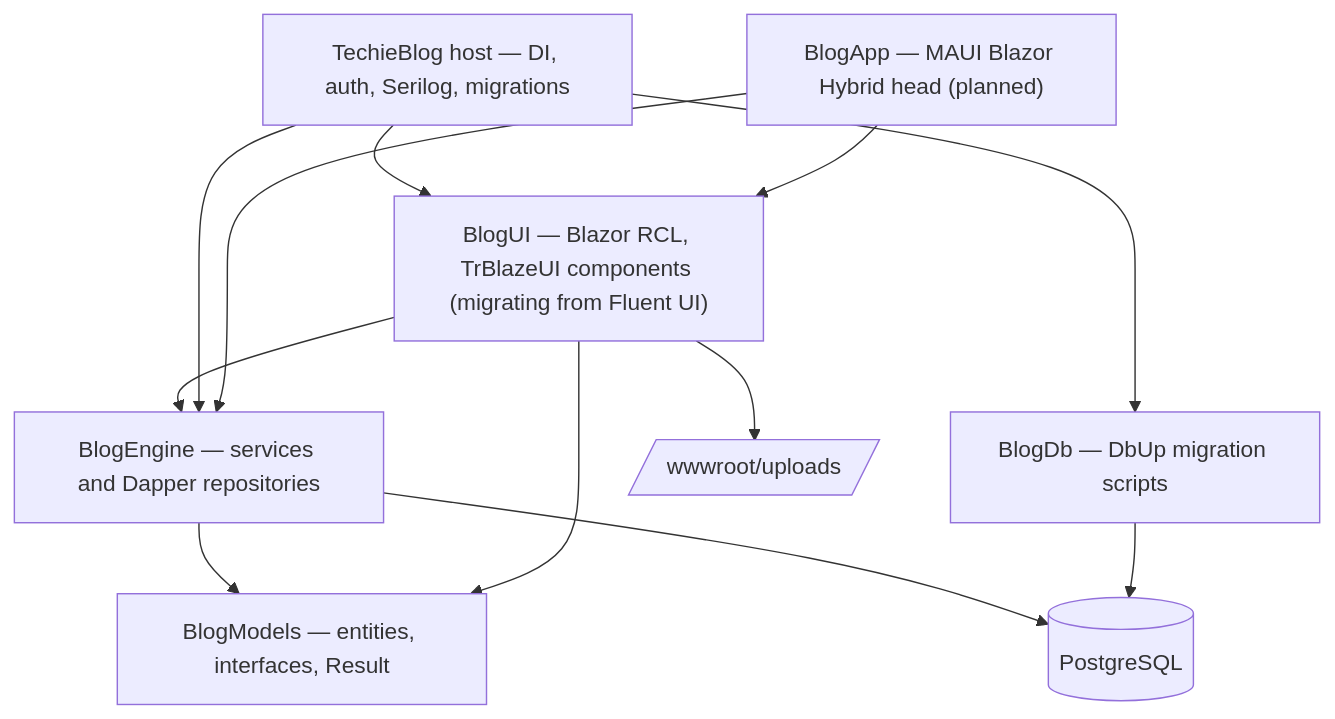
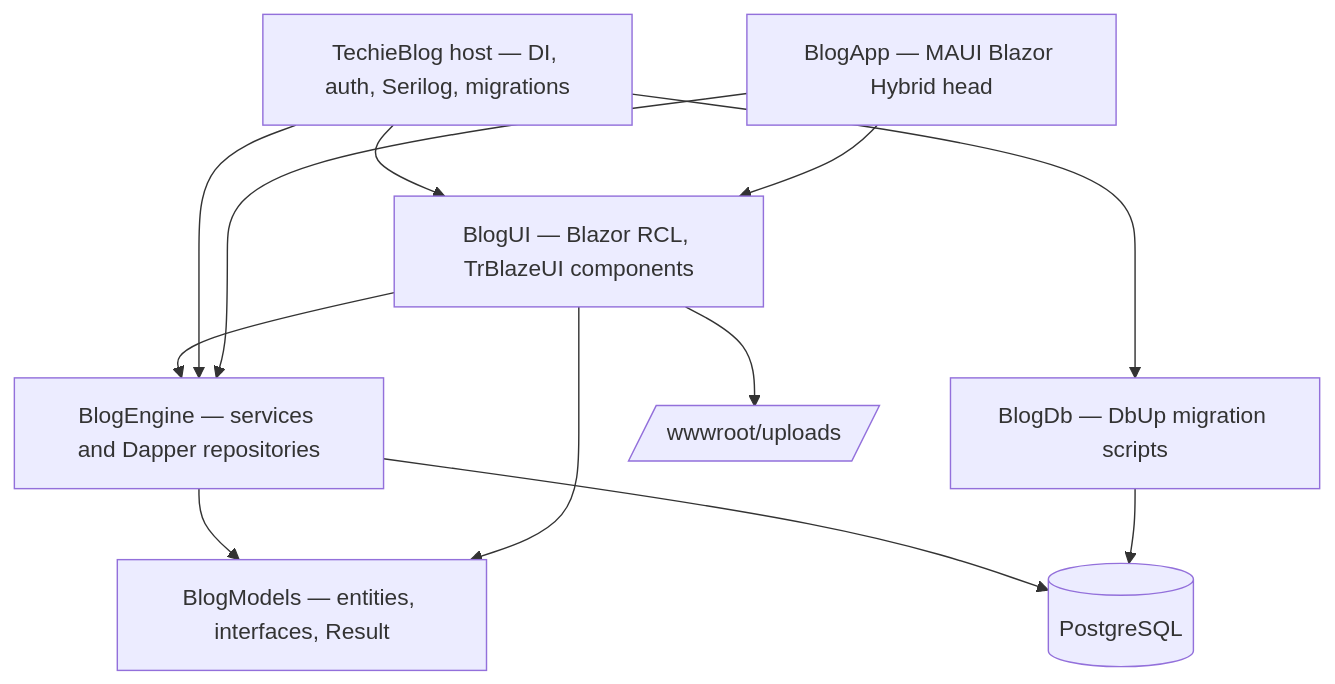
One commit to techierathore/TechieBlog changed the third of 9 diagrams in docs/TechieBlog-BRD.md. Above: the diagram before and after it, drawn with Mermaid. The commit also changed other lines of this file and 110 other files, not shown here.

Commit message:
Updated Deployment Pipeline and streamlines application architecture.

````diff
--- a/docs/TechieBlog-BRD.md
+++ b/docs/TechieBlog-BRD.md
@@ -262,14 +259,14 @@
 ```mermaid
 flowchart TB
-  UI["BlogUI — Blazor RCL, TrBlazeUI components (migrating from Fluent UI)"] --> Eng["BlogEngine — services and Dapper repositories"]
+  UI["BlogUI — Blazor RCL, TrBlazeUI components"] --> Eng["BlogEngine — services and Dapper repositories"]
   Host["TechieBlog host — DI, auth, Serilog, migrations"] --> UI
   Host --> Eng
-  Desk["BlogApp — MAUI Blazor Hybrid head (planned)"] --> UI
+  Desk["BlogApp — MAUI Blazor Hybrid head"] --> UI
   Desk --> Eng
   Host --> Db["BlogDb — DbUp migration scripts"]
   Eng --> Model["BlogModels — entities, interfaces, Result"]
   UI --> Model
   Eng --> SQL[("PostgreSQL")]
   Db --> SQL
   UI --> Store[/"wwwroot/uploads"/]
 ```
````
